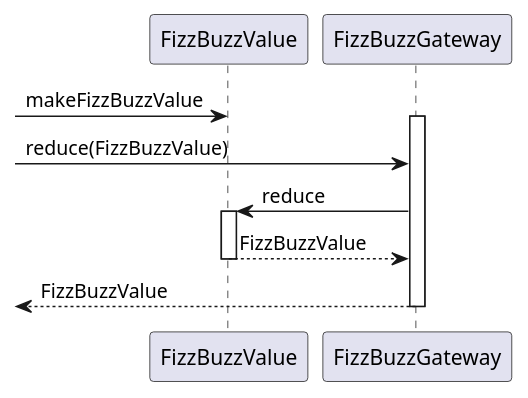
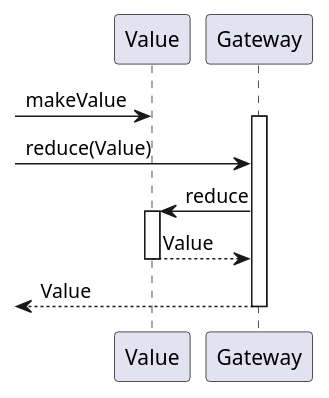
The seventh of 8 diagrams in docs/src/fizzbuzz.md (k2works/etude_for_java), drawn with PlantUML before and after one commit. The commit also changed other lines of this file and 9 other files, not shown here.

First line of the commit message:
FizzBuzz #EFJ-8

````diff
--- a/docs/src/fizzbuzz.md
+++ b/docs/src/fizzbuzz.md
@@ -157,13 +160,13 @@
 ```puml
 @startuml
-   -> FizzBuzzValue :makeFizzBuzzValue
-   activate FizzBuzzGateway
-   -> FizzBuzzGateway :reduce(FizzBuzzValue)
-      FizzBuzzGateway -> FizzBuzzValue :reduce
-      activate FizzBuzzValue
-        FizzBuzzGateway <-- FizzBuzzValue :FizzBuzzValue
-      deactivate FizzBuzzValue   
-   <-- FizzBuzzGateway :FizzBuzzValue
-   deactivate FizzBuzzGateway
+   -> Value :makeValue
+   activate Gateway
+   -> Gateway :reduce(Value)
+      Gateway -> Value :reduce
+      activate Value
+        Gateway <-- Value :Value
+      deactivate Value   
+   <-- Gateway :Value
+   deactivate Gateway
 @enduml
 ```
````
